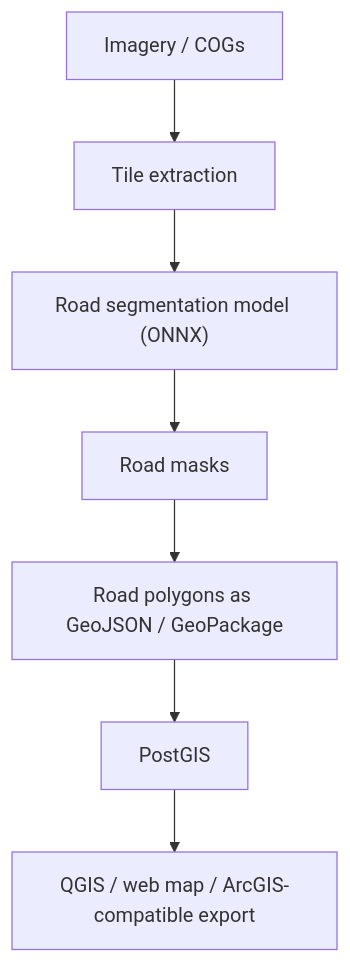
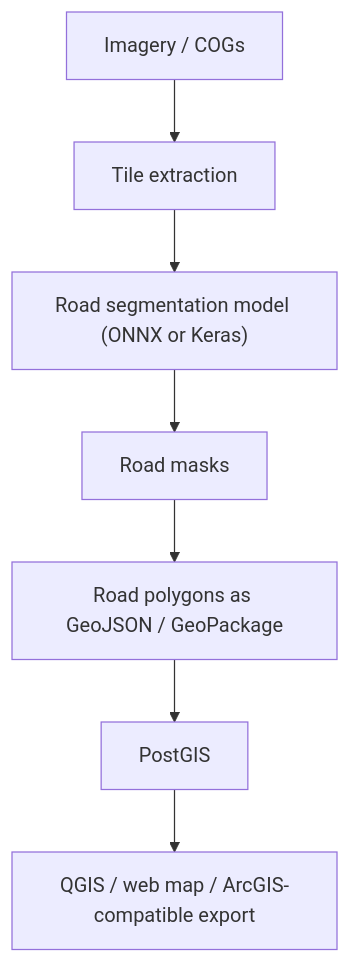
Before and after one commit to JosephDillard/geoai-asset-detection-platform: the diagram in README.md, drawn with Mermaid. The commit also changed other lines of this file and 15 other files, not shown here.

First line of the commit message:
Add Keras backend, HF model & Docker dev support

````diff
--- a/README.md
+++ b/README.md
@@ -9,9 +9,9 @@
 ```mermaid
 flowchart TD
     A["Imagery / COGs"] --> B["Tile extraction"]
-    B --> C["Road segmentation model (ONNX)"]
+    B --> C["Road segmentation model (ONNX or Keras)"]
     C --> D["Road masks"]
     D --> E["Road polygons as GeoJSON / GeoPackage"]
     E --> F["PostGIS"]
     F --> G["QGIS / web map / ArcGIS-compatible export"]
 ```
````
